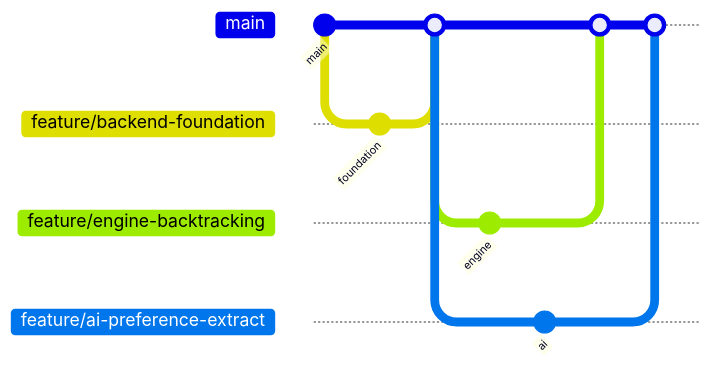
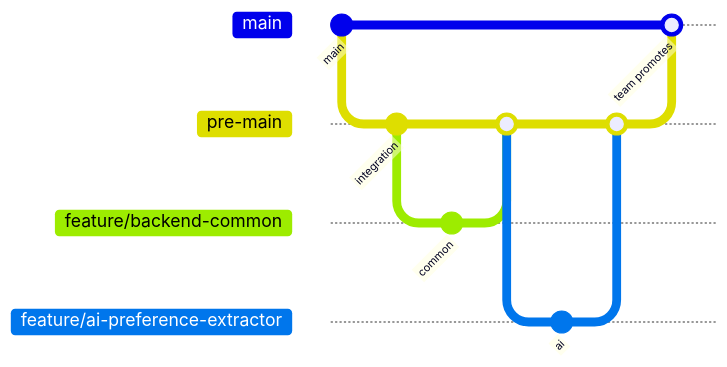
One commit to 04michael4/Hackathon---Registration-AI changed the diagram in docs/development-guide.md. Above: the diagram before and after it, drawn with Mermaid. The commit also changed other lines of this file and 4 other files, not shown here.

First line of the commit message:
docs: target pre-main for integration and record the AI + common merge

````diff
--- a/docs/development-guide.md
+++ b/docs/development-guide.md
@@ -19,16 +19,16 @@
 ```mermaid
 gitGraph
     commit id: "main"
-    branch feature/backend-foundation
-    commit id: "foundation"
+    branch pre-main
+    commit id: "integration"
+    branch feature/backend-common
+    commit id: "common"
+    checkout pre-main
+    merge feature/backend-common
+    branch feature/ai-preference-extractor
+    commit id: "ai"
+    checkout pre-main
+    merge feature/ai-preference-extractor
     checkout main
-    merge feature/backend-foundation
-    branch feature/engine-backtracking
-    commit id: "engine"
-    checkout main
-    branch feature/ai-preference-extract
-    commit id: "ai"
-    checkout main
-    merge feature/engine-backtracking
-    merge feature/ai-preference-extract
+    merge pre-main id: "team promotes"
 ```
````
